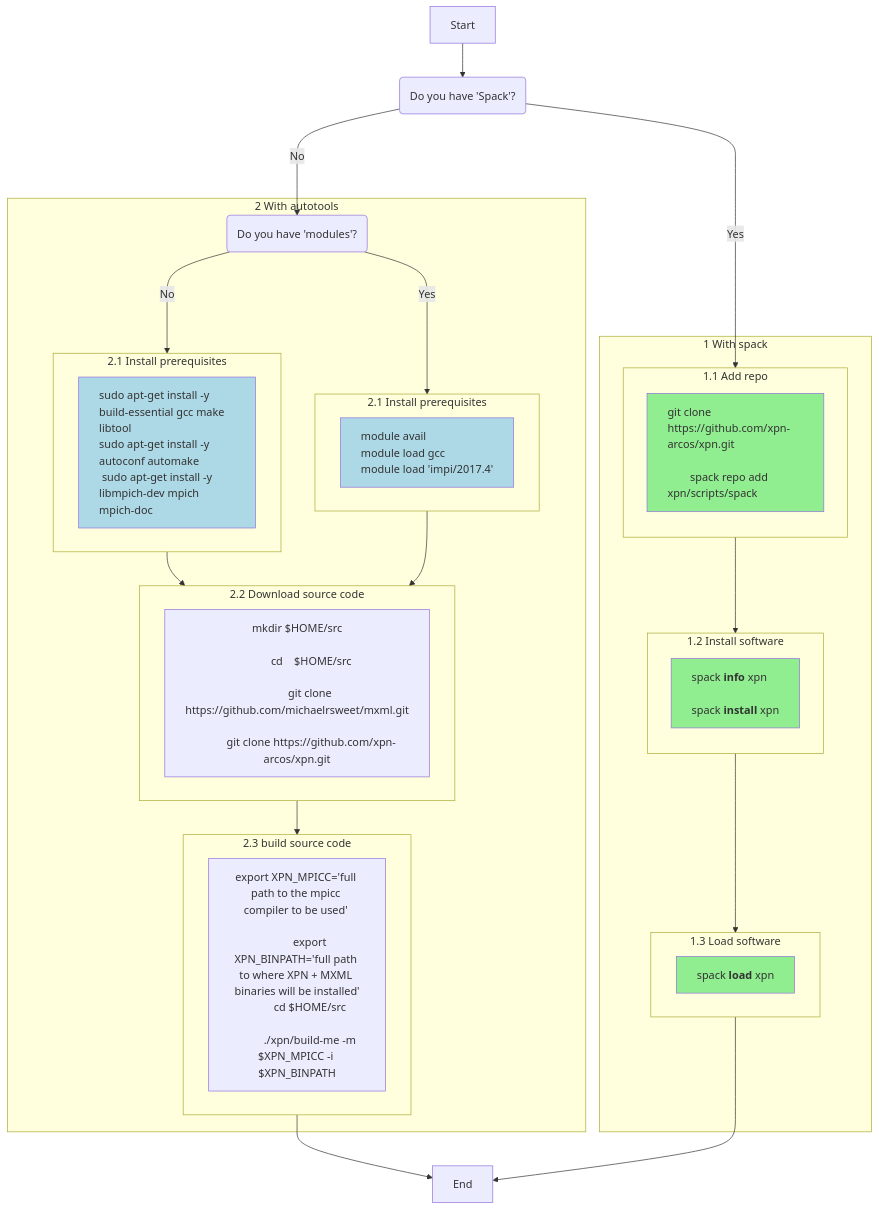
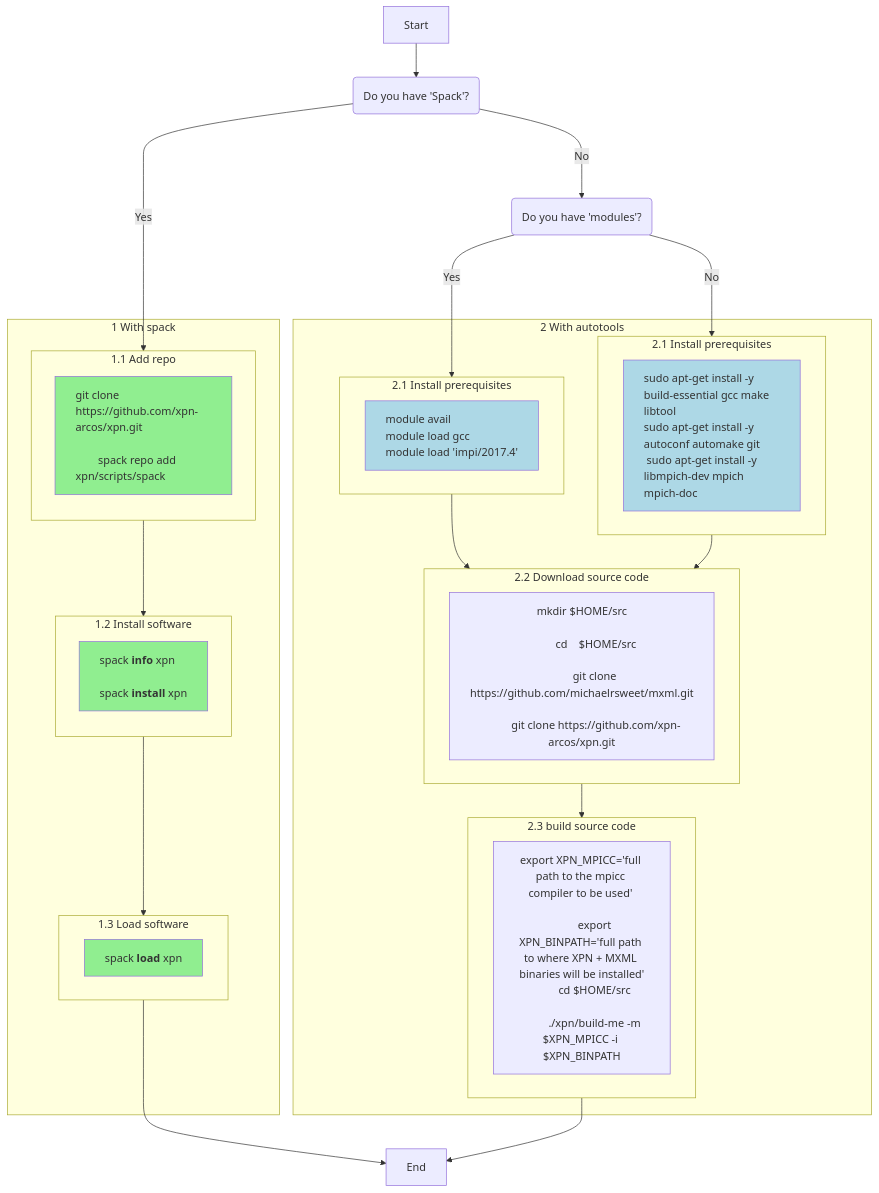
One commit to xpn-arcos/xpn changed the first of 4 diagrams in README.md. Above: the diagram before and after it, drawn with Mermaid.

````diff
--- a/README.md
+++ b/README.md
@@ -23,63 +23,63 @@
   ```mermaid
   flowchart TD
     A[Start] --> B("Do you have 'Spack'?")
+    B -- Yes --> ide11
+    B -- No ---> Y1("Do you have 'modules'?")
 
-    B -- Yes --> X1
     subgraph ide1 [1 With spack]
-    subgraph "1.1 Add repo"
+    subgraph ide11 [1.1 Add repo]
        direction TB
        X1["git clone https://github.com/xpn-arcos/xpn.git </br>
           spack repo add xpn/scripts/spack"]
     end
-    X1 --> X2
-    subgraph "1.2 Install software"
+    subgraph ide12 [1.2 Install software]
        direction TB
        X2["`spack **info** xpn &nbsp;&nbsp;</br>
          spack **install** xpn`"]
     end
-    X2 --> X3
-    subgraph "1.3 Load software"
+    subgraph ide13 [1.3 Load software]
        direction LR
        X3["`spack **load** xpn`"]
     end
     classDef lt text-align:left,fill:lightgreen;
     class X1,X2,X3 lt;
+    ide11 --> ide12
+    ide12 --> ide13
     end
-    X3 --> I[End]
+    ide13 --> I[End]
 
-    B -- No ---> Y1("Do you have 'modules'?")
+    Y1-- Yes ---> ide21a
+    Y1-- No ---> ide21b
     subgraph ide2 [2 With autotools]
-    Y1-- Yes ---> Y1A
-    subgraph "2.1 Install prerequisites"
+    subgraph ide21a [2.1 Install prerequisites]
        direction LR
        Y1A["module avail <br> module load gcc<br> module load 'impi/2017.4'"]
     end
-    Y1-- No ---> Y1B
-    subgraph "2.1 Install prerequisites"
+    subgraph ide21b [2.1 Install prerequisites]
        direction LR
-       Y1B["sudo apt-get install -y build-essential gcc make libtool<br>sudo apt-get install -y autoconf automake<br> sudo apt-get install -y libmpich-dev mpich mpich-doc"]
+       Y1B["sudo apt-get install -y build-essential gcc make libtool<br>sudo apt-get install -y autoconf automake git<br> sudo apt-get install -y libmpich-dev mpich mpich-doc"]
     end
-    Y1A --> Y2B
-    Y1B --> Y2B
-    subgraph "2.2 Download source code"
+    subgraph ide22 [2.2 Download source code]
        direction LR
        Y2B["mkdir $HOME/src<br>
             cd    $HOME/src<br>
             git clone https://github.com/michaelrsweet/mxml.git<br>
             git clone https://github.com/xpn-arcos/xpn.git"]
     end
-    Y2B --> Y3B
-    subgraph "2.3 build source code"
+    subgraph ide23 ["2.3 build source code"]
        direction LR
        Y3B["export XPN_MPICC='full path to the mpicc compiler to be used' <br>
             export XPN_BINPATH='full path to where XPN + MXML binaries will be installed'
             cd $HOME/src <br>
             ./xpn/build-me -m $XPN_MPICC -i $XPN_BINPATH"]
     end
+    ide21a --> ide22
+    ide21b --> ide22
+    ide22 --> ide23
 
     classDef lt2 text-align:left,fill:lightblue;
     class Y1A,Y1B lt2;
     end
 
     Y3B --> I[End]
   ```
````
